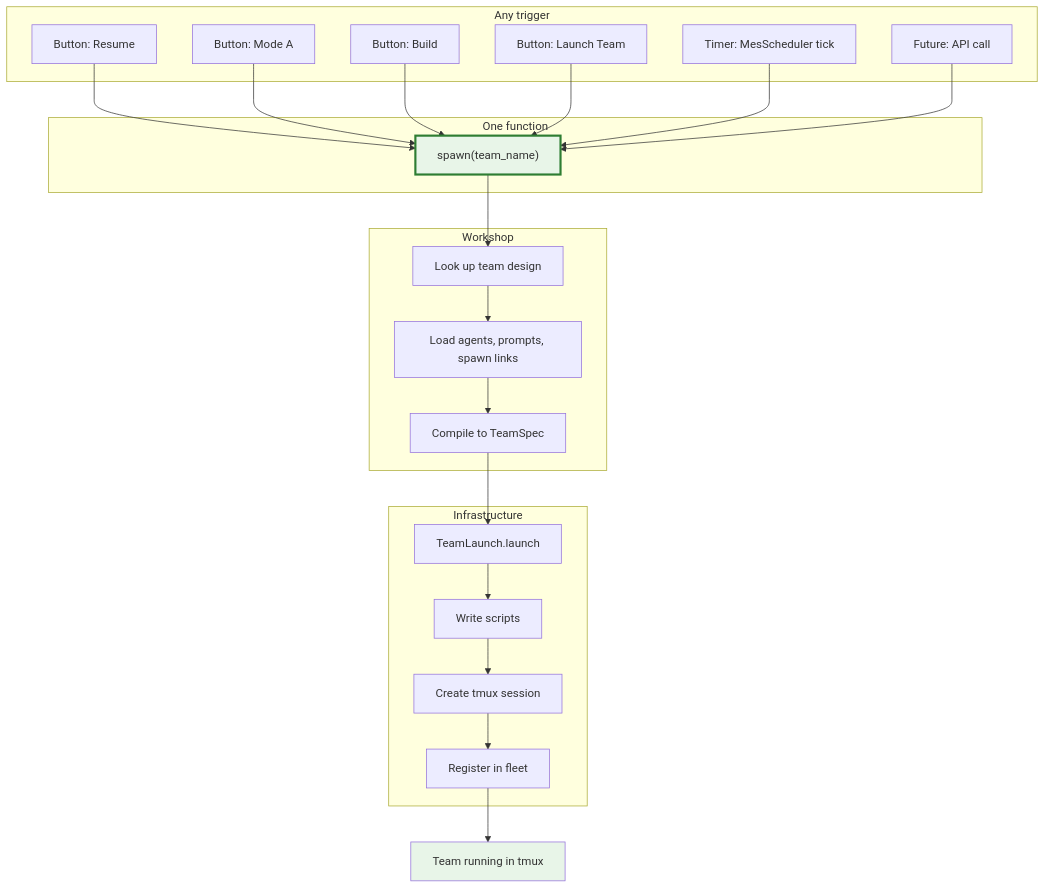
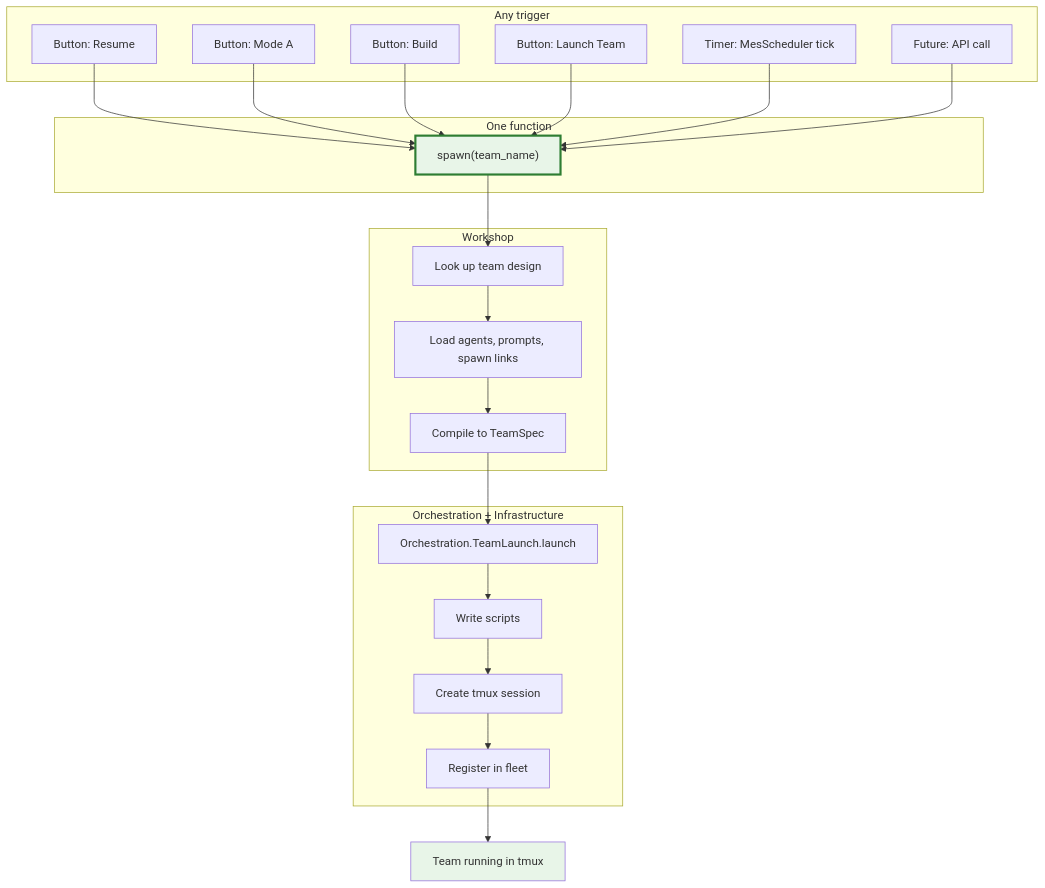
One commit to architects-of-type-IV/agent-observatory changed the second of 21 diagrams in docs/diagrams/architecture.md. Above: the diagram before and after it, drawn with Mermaid. The commit also changed other lines of this file and 7 other files, not shown here.

First line of the commit message:
docs: sync all architecture docs to hexagonal reorg final state

````diff
--- a/docs/diagrams/architecture.md
+++ b/docs/diagrams/architecture.md
@@ -55,49 +55,49 @@
 ```mermaid
 graph TB
     subgraph "Any trigger"
         A["Button: Resume"]
         B["Button: Mode A"]
         C["Button: Build"]
         D["Button: Launch Team"]
         E["Timer: MesScheduler tick"]
         F["Future: API call"]
     end
 
     subgraph "One function"
         G["spawn(team_name)"]
     end
 
     subgraph "Workshop"
         H["Look up team design"]
         I["Load agents, prompts, spawn links"]
         J["Compile to TeamSpec"]
     end
 
-    subgraph "Infrastructure"
-        K["TeamLaunch.launch"]
+    subgraph "Orchestration + Infrastructure"
+        K["Orchestration.TeamLaunch.launch"]
         L["Write scripts"]
         M["Create tmux session"]
         N["Register in fleet"]
     end
 
     O["Team running in tmux"]
 
     A --> G
     B --> G
     C --> G
     D --> G
     E --> G
     F --> G
 
     G --> H
     H --> I
     I --> J
     J --> K
     K --> L
     L --> M
     M --> N
     N --> O
 
     style G fill:#e8f5e8,stroke:#2e7d32,stroke-width:3px
     style O fill:#e8f5e8
 ```
````
